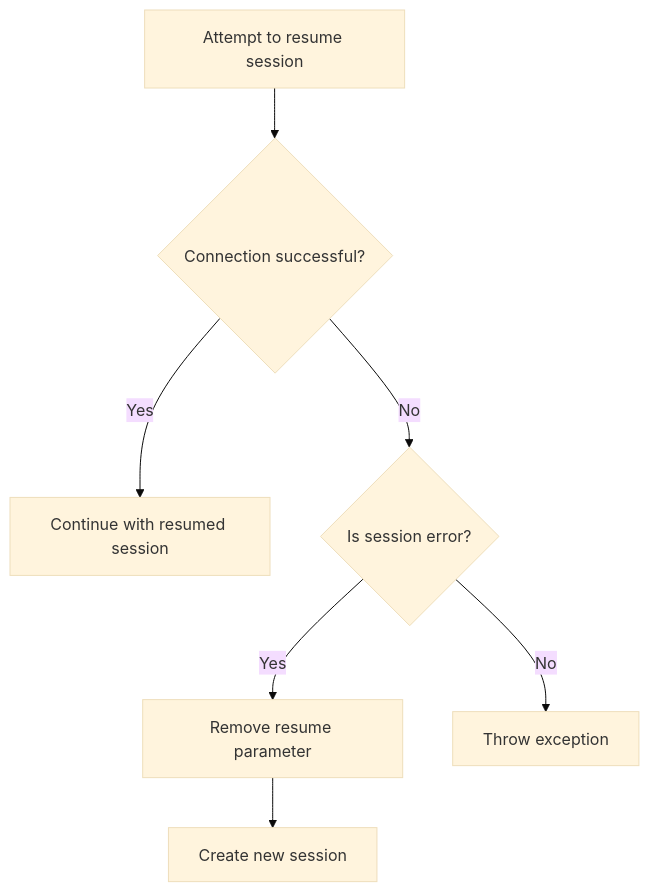
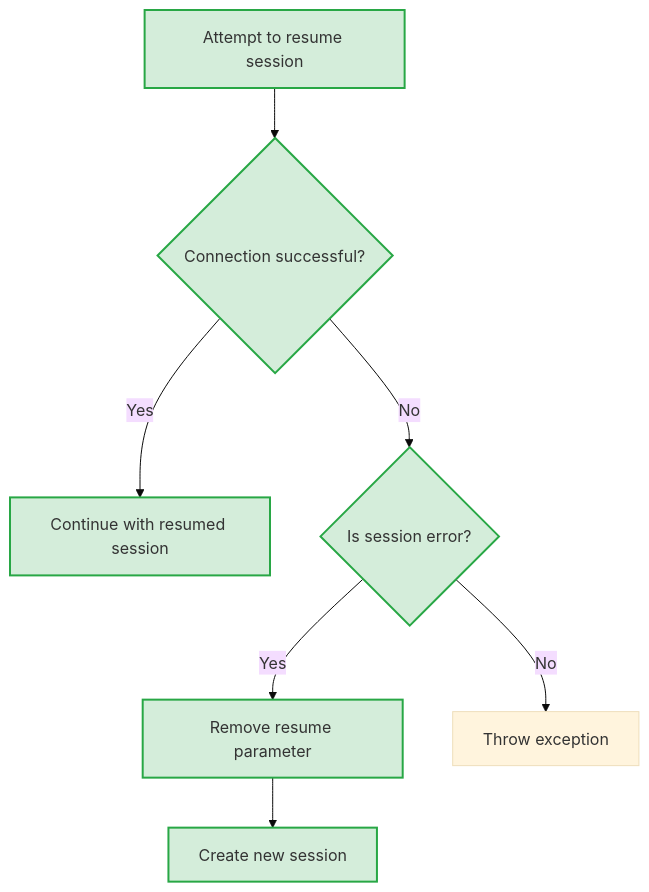
The eighth of 8 diagrams in docs/en/features/task-restore.md (sunnights/Wegent), drawn with Mermaid (base theme) before and after one commit. The commit also changed other lines of this file and 1 other file, not shown here.

First line of the commit message:
docs: highlight new features in Mermaid diagrams with green styling

````diff
--- a/docs/en/features/task-restore.md
+++ b/docs/en/features/task-restore.md
@@ -178,9 +208,11 @@
 ```mermaid
 flowchart TB
-    A[Attempt to resume session] --> B{Connection successful?}
-    B -->|Yes| C[Continue with resumed session]
-    B -->|No| D{Is session error?}
-    D -->|Yes| E[Remove resume parameter]
-    E --> F[Create new session]
+    A[Attempt to resume session]:::new --> B{Connection successful?}:::new
+    B -->|Yes| C[Continue with resumed session]:::new
+    B -->|No| D{Is session error?}:::new
+    D -->|Yes| E[Remove resume parameter]:::new
+    E --> F[Create new session]:::new
     D -->|No| G[Throw exception]
+
+    classDef new fill:#d4edda,stroke:#28a745,stroke-width:2px
 ```
````
